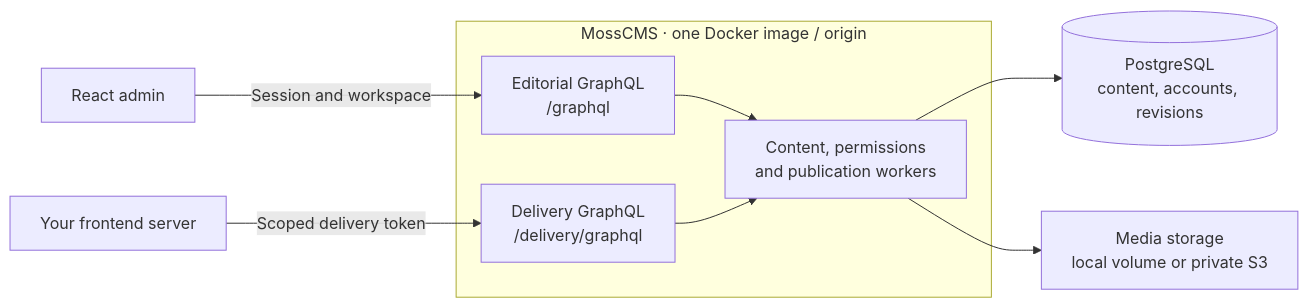
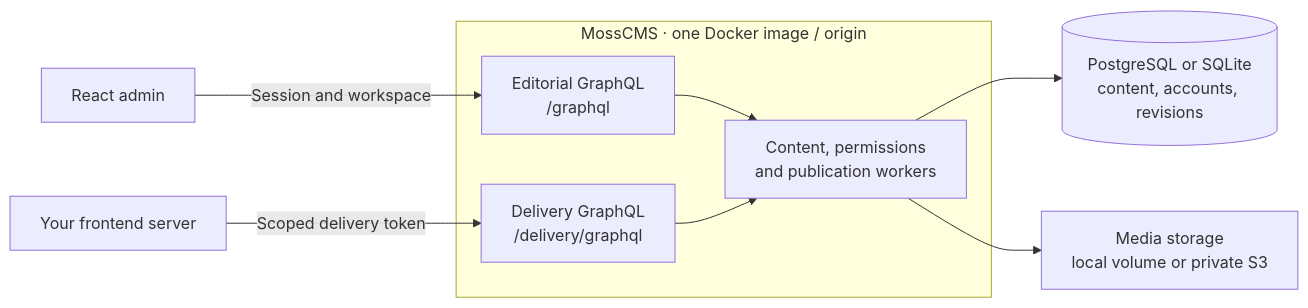
One commit to nirtuttnauer/MossCMS changed the first of 3 diagrams in README.md. Above: the diagram before and after it, drawn with Mermaid. The commit also changed other lines of this file and 1 other file, not shown here.

````diff
--- a/README.md
+++ b/README.md
@@ -100,11 +112,11 @@
 ```mermaid
 flowchart LR
     Admin["React admin"] -->|"Session and workspace"| Editorial
     Frontend["Your frontend server"] -->|"Scoped delivery token"| Delivery
     subgraph Moss["MossCMS · one Docker image / origin"]
         Editorial["Editorial GraphQL<br/>/graphql"] --> Content["Content, permissions<br/>and publication workers"]
         Delivery["Delivery GraphQL<br/>/delivery/graphql"] --> Content
     end
-    Content --> Database[("PostgreSQL<br/>content, accounts, revisions")]
+    Content --> Database[("PostgreSQL or SQLite<br/>content, accounts, revisions")]
     Content --> Media["Media storage<br/>local volume or private S3"]
 ```
````
